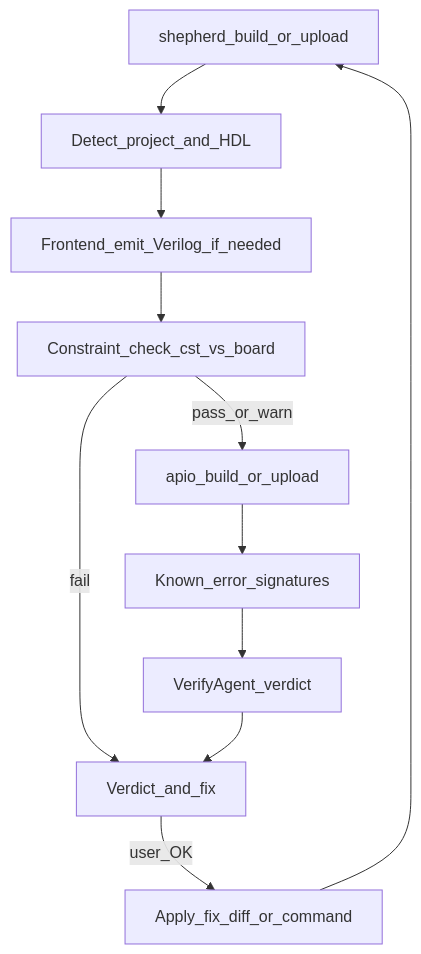
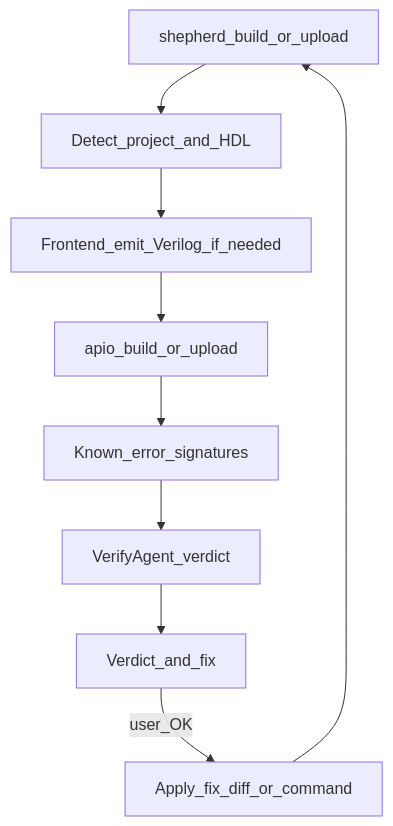
The diagram in PLAN.md (stepacool/FPGA-shepherd), drawn with Mermaid before and after one commit. The commit also changed other lines of this file, not shown here.

First line of the commit message:
Refine FPGA Shepherd project plan by removing the boards.yaml registry and clarifying that board definitions are managed by apio.

````diff
--- a/PLAN.md
+++ b/PLAN.md
@@ -44,13 +43,11 @@
 ```mermaid
 flowchart TD
   Cmd[shepherd_build_or_upload] --> Detect[Detect_project_and_HDL]
   Detect --> FE[Frontend_emit_Verilog_if_needed]
-  FE --> Pins[Constraint_check_cst_vs_board]
-  Pins -->|fail| Report[Verdict_and_fix]
-  Pins -->|pass_or_warn| Apio[apio_build_or_upload]
+  FE --> Apio[apio_build_or_upload]
   Apio --> Match[Known_error_signatures]
   Match --> Verify[VerifyAgent_verdict]
-  Verify --> Report
+  Verify --> Report[Verdict_and_fix]
   Report -->|user_OK| Fix[Apply_fix_diff_or_command]
   Fix --> Cmd
 ```
````
